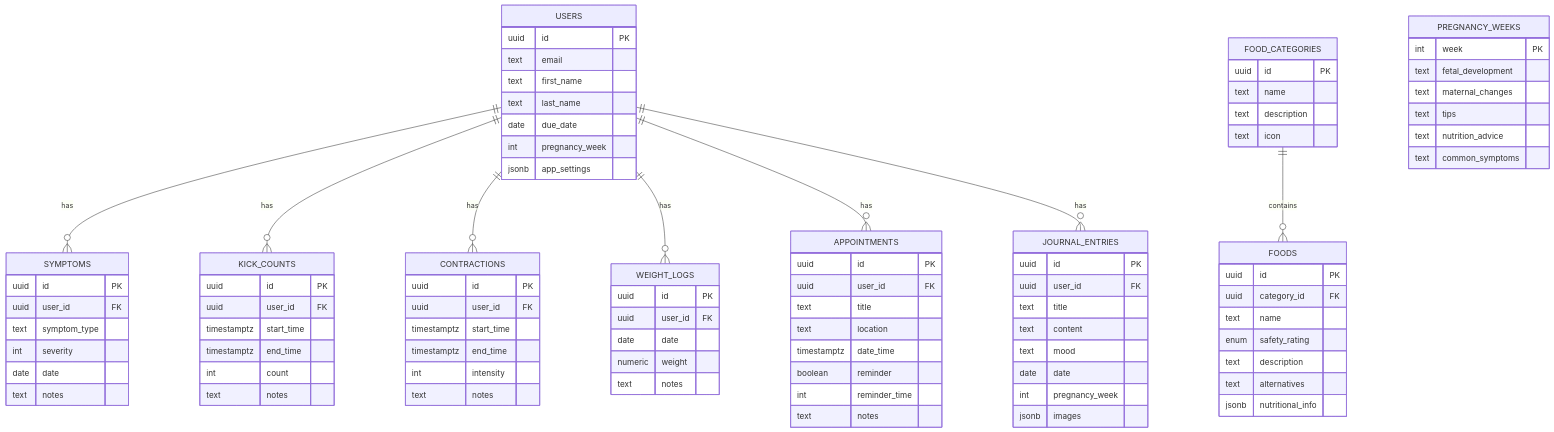
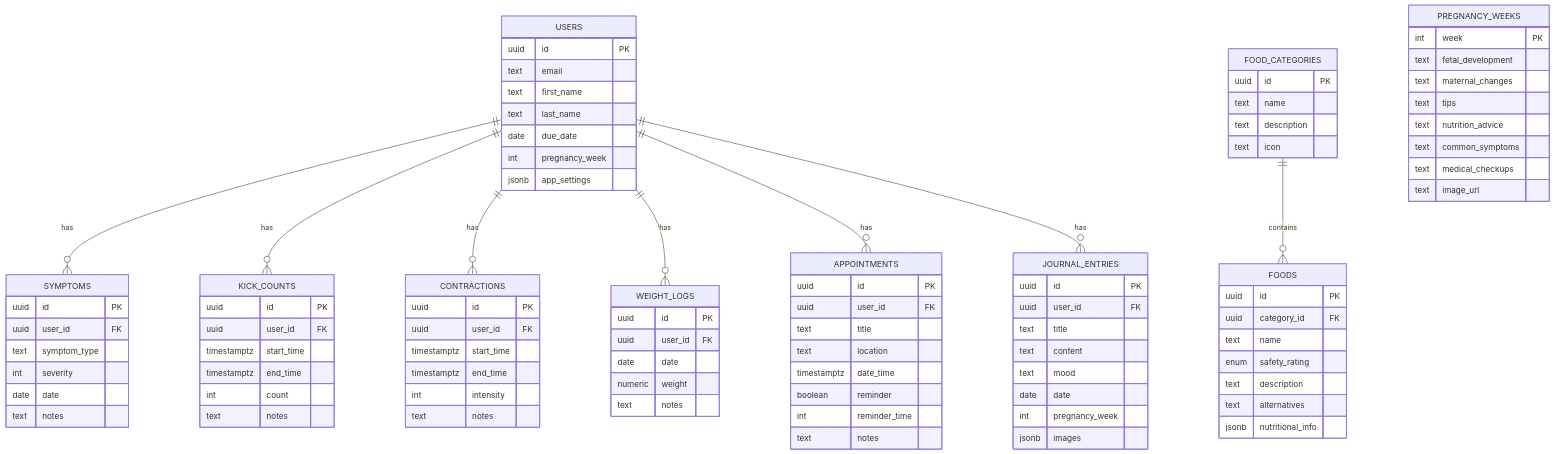
One commit to hugo-ribaud/bumb-buddy changed the diagram in memory-bank/techContext.md. Above: the diagram before and after it, drawn with Mermaid. The commit also changed other lines of this file and 16 other files, not shown here.

First line of the commit message:
Implement pregnancy timeline feature and enhance internationalization support

```diff
--- a/memory-bank/techContext.md
+++ b/memory-bank/techContext.md
@@ -309,6 +348,8 @@
         text tips
         text nutrition_advice
         text common_symptoms
+        text medical_checkups
+        text image_url
     }
 
     JOURNAL_ENTRIES {
```
